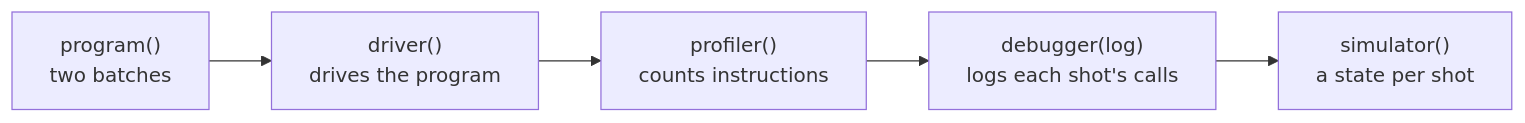
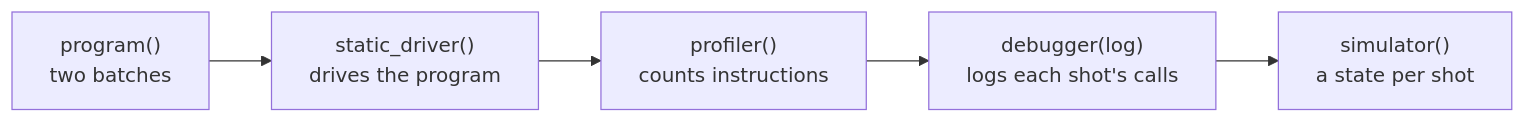
Before and after one commit to microsoft/qdk: the first of 2 diagrams in source/executor_protocol/README.md, drawn with Mermaid. The commit also changed other lines of this file and 41 other files, not shown here.

````diff
--- a/source/executor_protocol/README.md
+++ b/source/executor_protocol/README.md
@@ -208,7 +208,7 @@
 ```mermaid
 flowchart LR
-  P["program()<br/>two batches"] --> I["driver()<br/>drives the program"]
+  P["program()<br/>two batches"] --> I["static_driver()<br/>drives the program"]
   I --> F["profiler()<br/>counts instructions"]
   F --> D["debugger(log)<br/>logs each shot's calls"]
   D --> S["simulator()<br/>a state per shot"]
 ```
````
